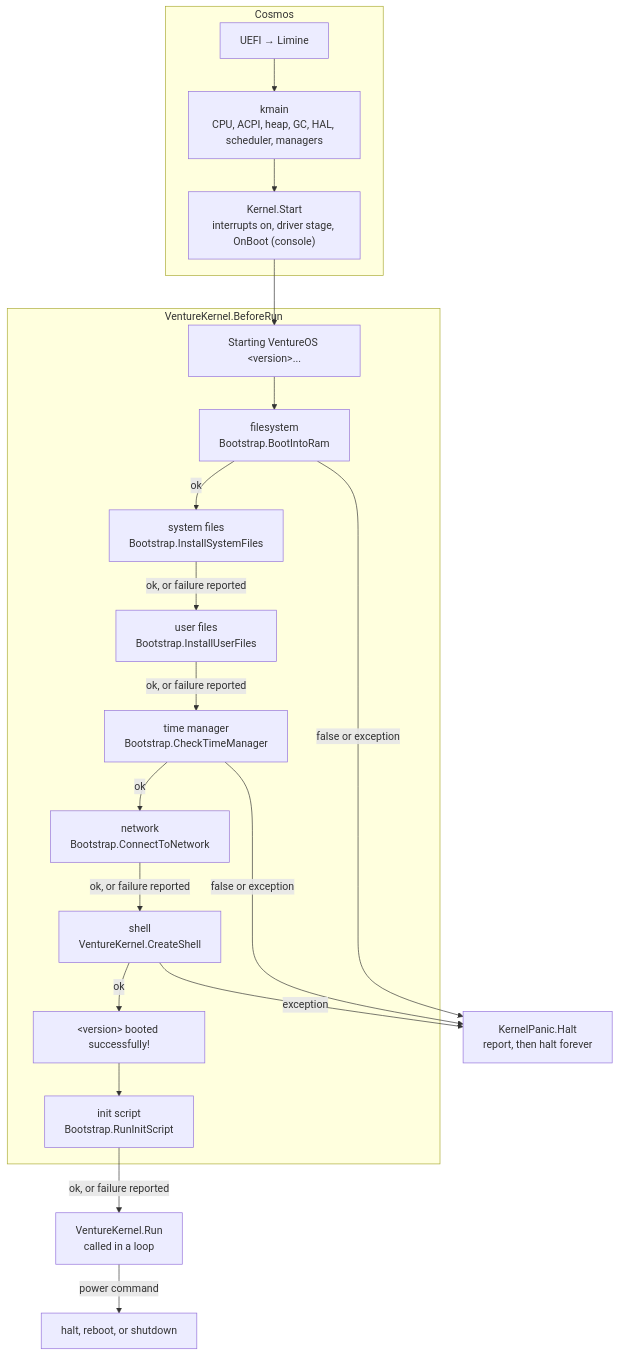
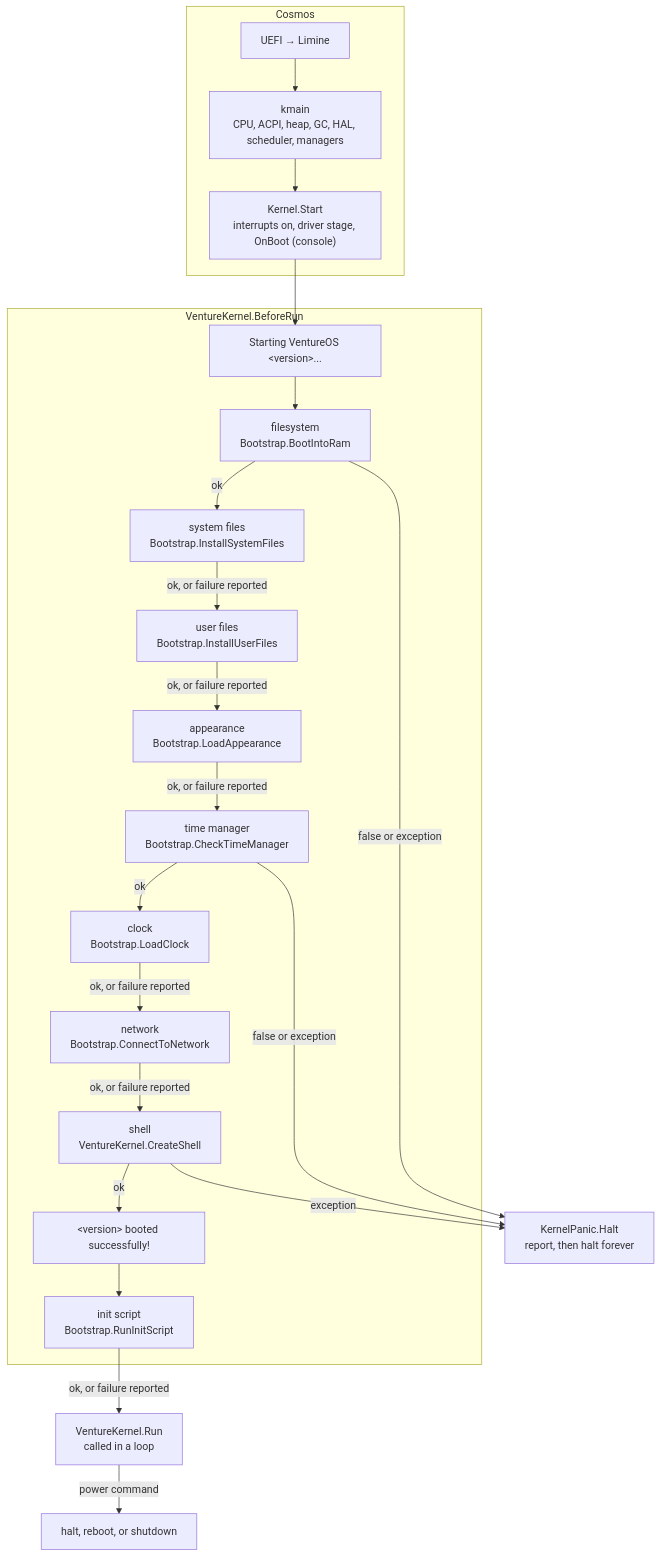
The second of 3 diagrams in docs/architecture.md (tonytins/VentureOS), drawn with Mermaid before and after one commit. The commit also changed other lines of this file and 25 other files, not shown here.

````diff
--- a/docs/architecture.md
+++ b/docs/architecture.md
@@ -274,40 +275,44 @@
 ```mermaid
 flowchart TD
     subgraph Cosmos
         Firmware["UEFI → Limine"]
         Kmain["kmain<br/>CPU, ACPI, heap, GC, HAL, scheduler, managers"]
         Start["Kernel.Start<br/>interrupts on, driver stage, OnBoot (console)"]
         Firmware --> Kmain --> Start
     end
 
     subgraph BeforeRun["VentureKernel.BeforeRun"]
         Version["Starting VentureOS &lt;version&gt;..."]
         Fs["filesystem<br/>Bootstrap.BootIntoRam"]
         SysFiles["system files<br/>Bootstrap.InstallSystemFiles"]
         UserFiles["user files<br/>Bootstrap.InstallUserFiles"]
+        Look["appearance<br/>Bootstrap.LoadAppearance"]
         Timer["time manager<br/>Bootstrap.CheckTimeManager"]
+        Clock["clock<br/>Bootstrap.LoadClock"]
         Net["network<br/>Bootstrap.ConnectToNetwork"]
         ShellStep["shell<br/>VentureKernel.CreateShell"]
         Banner["&lt;version&gt; booted successfully!"]
         Init["init script<br/>Bootstrap.RunInitScript"]
         Version --> Fs
         Fs -- ok --> SysFiles
         SysFiles -- "ok, or failure reported" --> UserFiles
-        UserFiles -- "ok, or failure reported" --> Timer
-        Timer -- ok --> Net
+        UserFiles -- "ok, or failure reported" --> Look
+        Look -- "ok, or failure reported" --> Timer
+        Timer -- ok --> Clock
+        Clock -- "ok, or failure reported" --> Net
         Net -- "ok, or failure reported" --> ShellStep
         ShellStep -- ok --> Banner
         Banner --> Init
     end
 
     Panic["KernelPanic.Halt<br/>report, then halt forever"]
     Run["VentureKernel.Run<br/>called in a loop"]
     Halt["halt, reboot, or shutdown"]
 
     Start --> Version
     Fs -- "false or exception" --> Panic
     Timer -- "false or exception" --> Panic
     ShellStep -- exception --> Panic
     Init -- "ok, or failure reported" --> Run
     Run -- "power command" --> Halt
 ```
````
